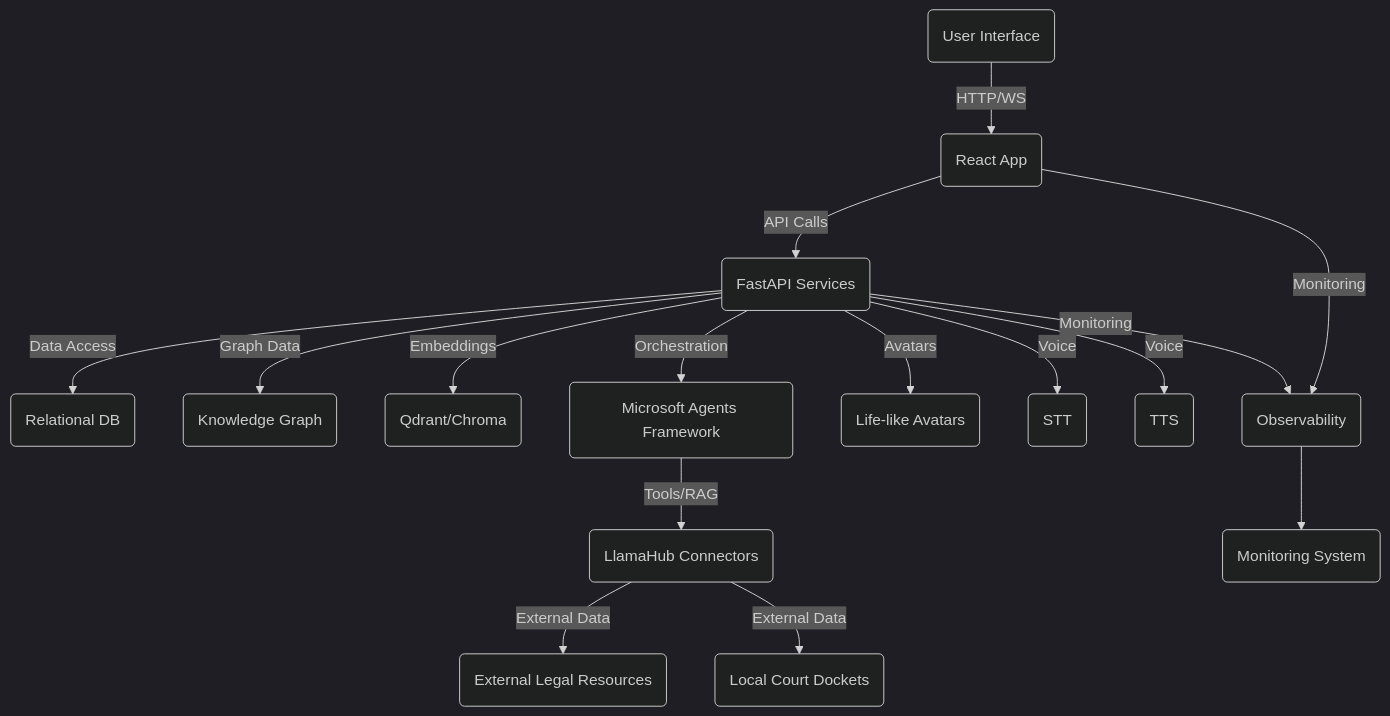
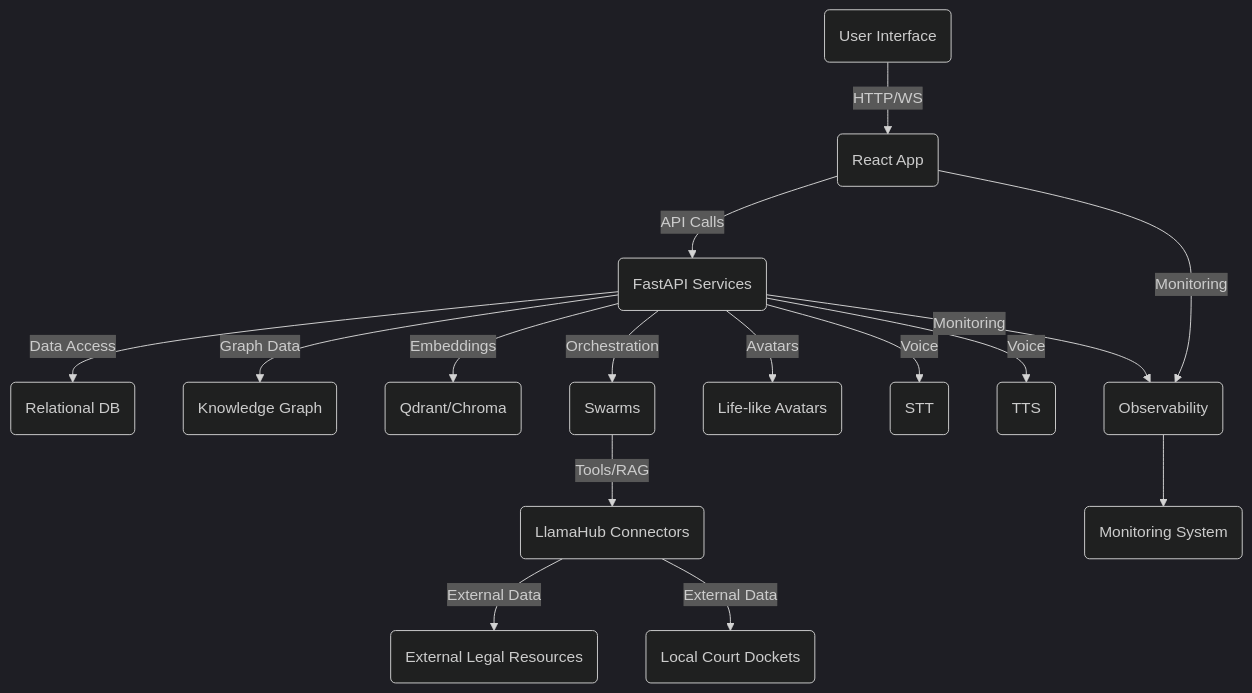
The diagram in co-counsel_final/PRPs/2025-11-02_Automated_Legal_Discovery_Co-Counsel_Implementation_Plan.md (ahouse2/1_30_26), drawn with Mermaid (dark theme) before and after one commit. The commit also changed other lines of this file and 180 other files, not shown here.

````diff
--- a/co-counsel_final/PRPs/2025-11-02_Automated_Legal_Discovery_Co-Counsel_Implementation_Plan.md
+++ b/co-counsel_final/PRPs/2025-11-02_Automated_Legal_Discovery_Co-Counsel_Implementation_Plan.md
@@ -273,18 +273,18 @@
 ```mermaid
 graph TD
     User(User Interface) -->|HTTP/WS| Frontend(React App)
     Frontend -->|API Calls| Backend(FastAPI Services)
     Backend -->|Data Access| PostgreSQL(Relational DB)
     Backend -->|Graph Data| Neo4j(Knowledge Graph)
     Backend -->|Embeddings| VectorDB(Qdrant/Chroma)
-    Backend -->|Orchestration| MSAgents(Microsoft Agents Framework)
-    MSAgents -->|Tools/RAG| LlamaIndex(LlamaHub Connectors)
+    Backend -->|Orchestration| Swarms(Swarms)
+    Swarms -->|Tools/RAG| LlamaIndex(LlamaHub Connectors)
     LlamaIndex -->|External Data| CourtListener(External Legal Resources)
     LlamaIndex -->|External Data| LocalDockets(Local Court Dockets)
     Backend -->|Avatars| OpenAvatarChat(Life-like Avatars)
     Backend -->|Voice| WhisperSTT(STT)
     Backend -->|Voice| CoquiTTS(TTS)
     Backend -->|Monitoring| OpenTelemetry(Observability)
     Frontend -->|Monitoring| OpenTelemetry
     OpenTelemetry --> MonitoringSystem(Monitoring System)
 ```
````
